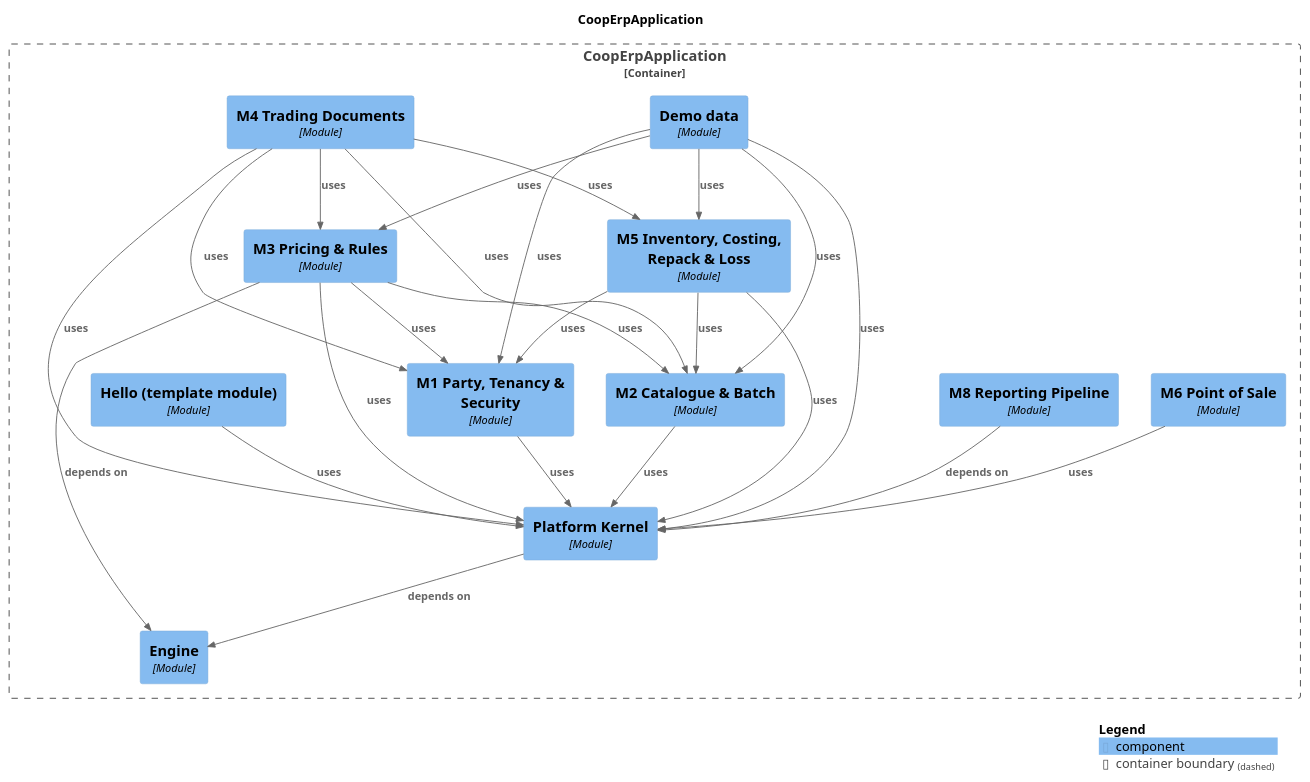
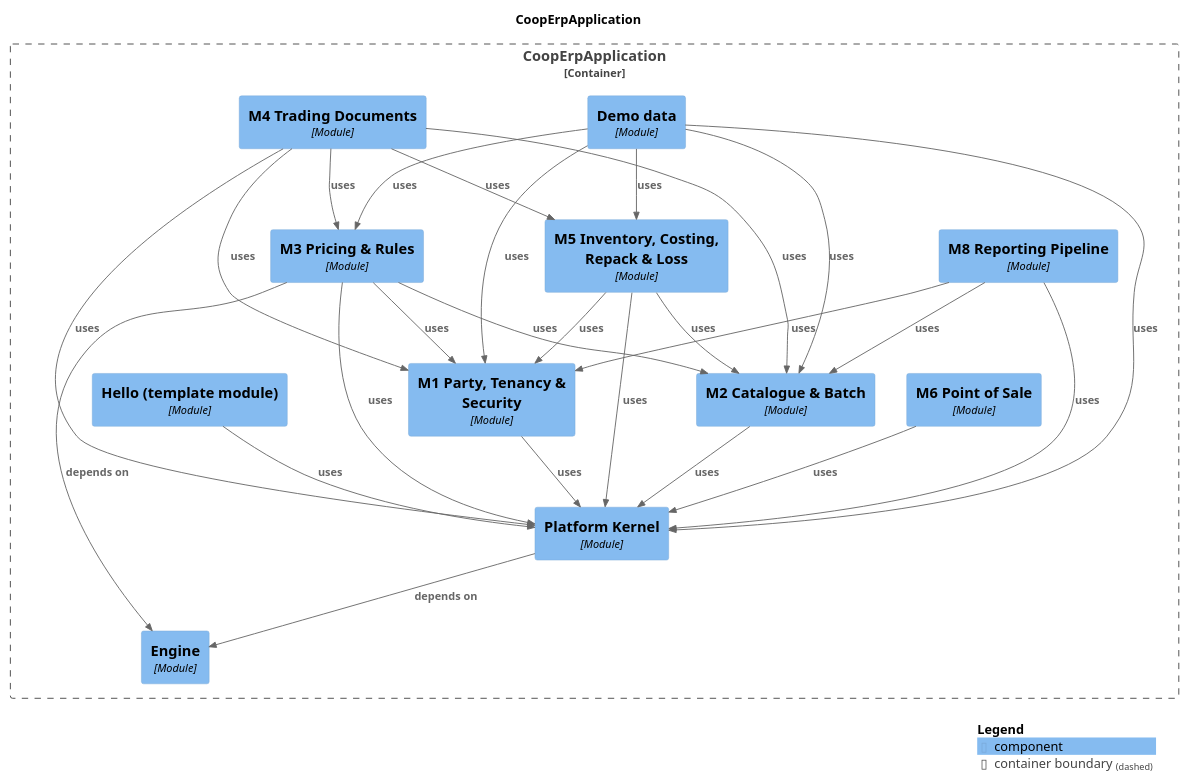
The diagram in docs/modules/components.puml (Knoweb/COOP_ERP), drawn with PlantUML before and after one commit. The commit also changed 42 other files, not shown here.

```diff
--- a/docs/modules/components.puml
+++ b/docs/modules/components.puml
@@ -1,50 +1,52 @@
 @startuml
 set separator none
 title CoopErpApplication
 
 top to bottom direction
 
 !include <C4/C4>
 !include <C4/C4_Context>
 !include <C4/C4_Component>
 
 Container_Boundary("CoopErpApplication.CoopErpApplication_boundary", "CoopErpApplication", $tags="") {
-  Component(CoopErpApplication.CoopErpApplication.M8ReportingPipeline, "M8 Reporting Pipeline", $techn="Module", $descr="", $tags="", $link="")
   Component(CoopErpApplication.CoopErpApplication.M3PricingRules, "M3 Pricing & Rules", $techn="Module", $descr="", $tags="", $link="")
   Component(CoopErpApplication.CoopErpApplication.M5InventoryCostingRepackLoss, "M5 Inventory, Costing, Repack & Loss", $techn="Module", $descr="", $tags="", $link="")
+  Component(CoopErpApplication.CoopErpApplication.M8ReportingPipeline, "M8 Reporting Pipeline", $techn="Module", $descr="", $tags="", $link="")
   Component(CoopErpApplication.CoopErpApplication.Demodata, "Demo data", $techn="Module", $descr="", $tags="", $link="")
   Component(CoopErpApplication.CoopErpApplication.M4TradingDocuments, "M4 Trading Documents", $techn="Module", $descr="", $tags="", $link="")
   Component(CoopErpApplication.CoopErpApplication.Engine, "Engine", $techn="Module", $descr="", $tags="", $link="")
   Component(CoopErpApplication.CoopErpApplication.PlatformKernel, "Platform Kernel", $techn="Module", $descr="", $tags="", $link="")
   Component(CoopErpApplication.CoopErpApplication.Hellotemplatemodule, "Hello (template module)", $techn="Module", $descr="", $tags="", $link="")
   Component(CoopErpApplication.CoopErpApplication.M1PartyTenancySecurity, "M1 Party, Tenancy & Security", $techn="Module", $descr="", $tags="", $link="")
   Component(CoopErpApplication.CoopErpApplication.M2CatalogueBatch, "M2 Catalogue & Batch", $techn="Module", $descr="", $tags="", $link="")
   Component(CoopErpApplication.CoopErpApplication.M6PointofSale, "M6 Point of Sale", $techn="Module", $descr="", $tags="", $link="")
 }
 
 Rel(CoopErpApplication.CoopErpApplication.Demodata, CoopErpApplication.CoopErpApplication.M1PartyTenancySecurity, "uses", $techn="", $tags="", $link="")
 Rel(CoopErpApplication.CoopErpApplication.Demodata, CoopErpApplication.CoopErpApplication.M2CatalogueBatch, "uses", $techn="", $tags="", $link="")
 Rel(CoopErpApplication.CoopErpApplication.Demodata, CoopErpApplication.CoopErpApplication.M3PricingRules, "uses", $techn="", $tags="", $link="")
 Rel(CoopErpApplication.CoopErpApplication.Demodata, CoopErpApplication.CoopErpApplication.M5InventoryCostingRepackLoss, "uses", $techn="", $tags="", $link="")
 Rel(CoopErpApplication.CoopErpApplication.Demodata, CoopErpApplication.CoopErpApplication.PlatformKernel, "uses", $techn="", $tags="", $link="")
 Rel(CoopErpApplication.CoopErpApplication.Hellotemplatemodule, CoopErpApplication.CoopErpApplication.PlatformKernel, "uses", $techn="", $tags="", $link="")
 Rel(CoopErpApplication.CoopErpApplication.M1PartyTenancySecurity, CoopErpApplication.CoopErpApplication.PlatformKernel, "uses", $techn="", $tags="", $link="")
 Rel(CoopErpApplication.CoopErpApplication.M2CatalogueBatch, CoopErpApplication.CoopErpApplication.PlatformKernel, "uses", $techn="", $tags="", $link="")
 Rel(CoopErpApplication.CoopErpApplication.M3PricingRules, CoopErpApplication.CoopErpApplication.Engine, "depends on", $techn="", $tags="", $link="")
 Rel(CoopErpApplication.CoopErpApplication.M3PricingRules, CoopErpApplication.CoopErpApplication.M1PartyTenancySecurity, "uses", $techn="", $tags="", $link="")
 Rel(CoopErpApplication.CoopErpApplication.M3PricingRules, CoopErpApplication.CoopErpApplication.M2CatalogueBatch, "uses", $techn="", $tags="", $link="")
 Rel(CoopErpApplication.CoopErpApplication.M3PricingRules, CoopErpApplication.CoopErpApplication.PlatformKernel, "uses", $techn="", $tags="", $link="")
 Rel(CoopErpApplication.CoopErpApplication.M4TradingDocuments, CoopErpApplication.CoopErpApplication.M1PartyTenancySecurity, "uses", $techn="", $tags="", $link="")
 Rel(CoopErpApplication.CoopErpApplication.M4TradingDocuments, CoopErpApplication.CoopErpApplication.M2CatalogueBatch, "uses", $techn="", $tags="", $link="")
 Rel(CoopErpApplication.CoopErpApplication.M4TradingDocuments, CoopErpApplication.CoopErpApplication.M3PricingRules, "uses", $techn="", $tags="", $link="")
 Rel(CoopErpApplication.CoopErpApplication.M4TradingDocuments, CoopErpApplication.CoopErpApplication.M5InventoryCostingRepackLoss, "uses", $techn="", $tags="", $link="")
 Rel(CoopErpApplication.CoopErpApplication.M4TradingDocuments, CoopErpApplication.CoopErpApplication.PlatformKernel, "uses", $techn="", $tags="", $link="")
 Rel(CoopErpApplication.CoopErpApplication.M5InventoryCostingRepackLoss, CoopErpApplication.CoopErpApplication.M1PartyTenancySecurity, "uses", $techn="", $tags="", $link="")
 Rel(CoopErpApplication.CoopErpApplication.M5InventoryCostingRepackLoss, CoopErpApplication.CoopErpApplication.M2CatalogueBatch, "uses", $techn="", $tags="", $link="")
 Rel(CoopErpApplication.CoopErpApplication.M5InventoryCostingRepackLoss, CoopErpApplication.CoopErpApplication.PlatformKernel, "uses", $techn="", $tags="", $link="")
 Rel(CoopErpApplication.CoopErpApplication.M6PointofSale, CoopErpApplication.CoopErpApplication.PlatformKernel, "uses", $techn="", $tags="", $link="")
-Rel(CoopErpApplication.CoopErpApplication.M8ReportingPipeline, CoopErpApplication.CoopErpApplication.PlatformKernel, "depends on", $techn="", $tags="", $link="")
+Rel(CoopErpApplication.CoopErpApplication.M8ReportingPipeline, CoopErpApplication.CoopErpApplication.M1PartyTenancySecurity, "uses", $techn="", $tags="", $link="")
+Rel(CoopErpApplication.CoopErpApplication.M8ReportingPipeline, CoopErpApplication.CoopErpApplication.M2CatalogueBatch, "uses", $techn="", $tags="", $link="")
+Rel(CoopErpApplication.CoopErpApplication.M8ReportingPipeline, CoopErpApplication.CoopErpApplication.PlatformKernel, "uses", $techn="", $tags="", $link="")
 Rel(CoopErpApplication.CoopErpApplication.PlatformKernel, CoopErpApplication.CoopErpApplication.Engine, "depends on", $techn="", $tags="", $link="")
 
 SHOW_LEGEND(true)
 @enduml
```
